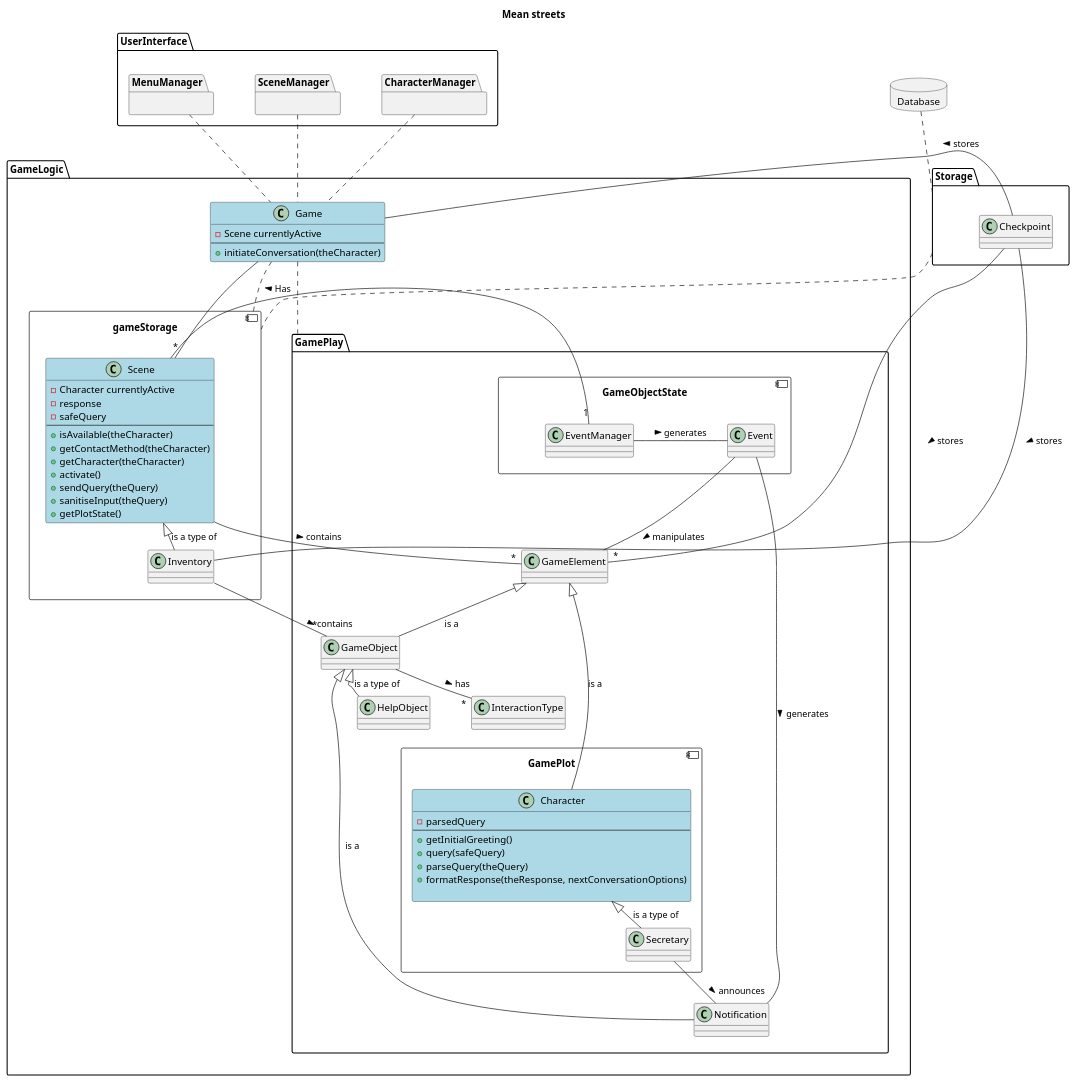
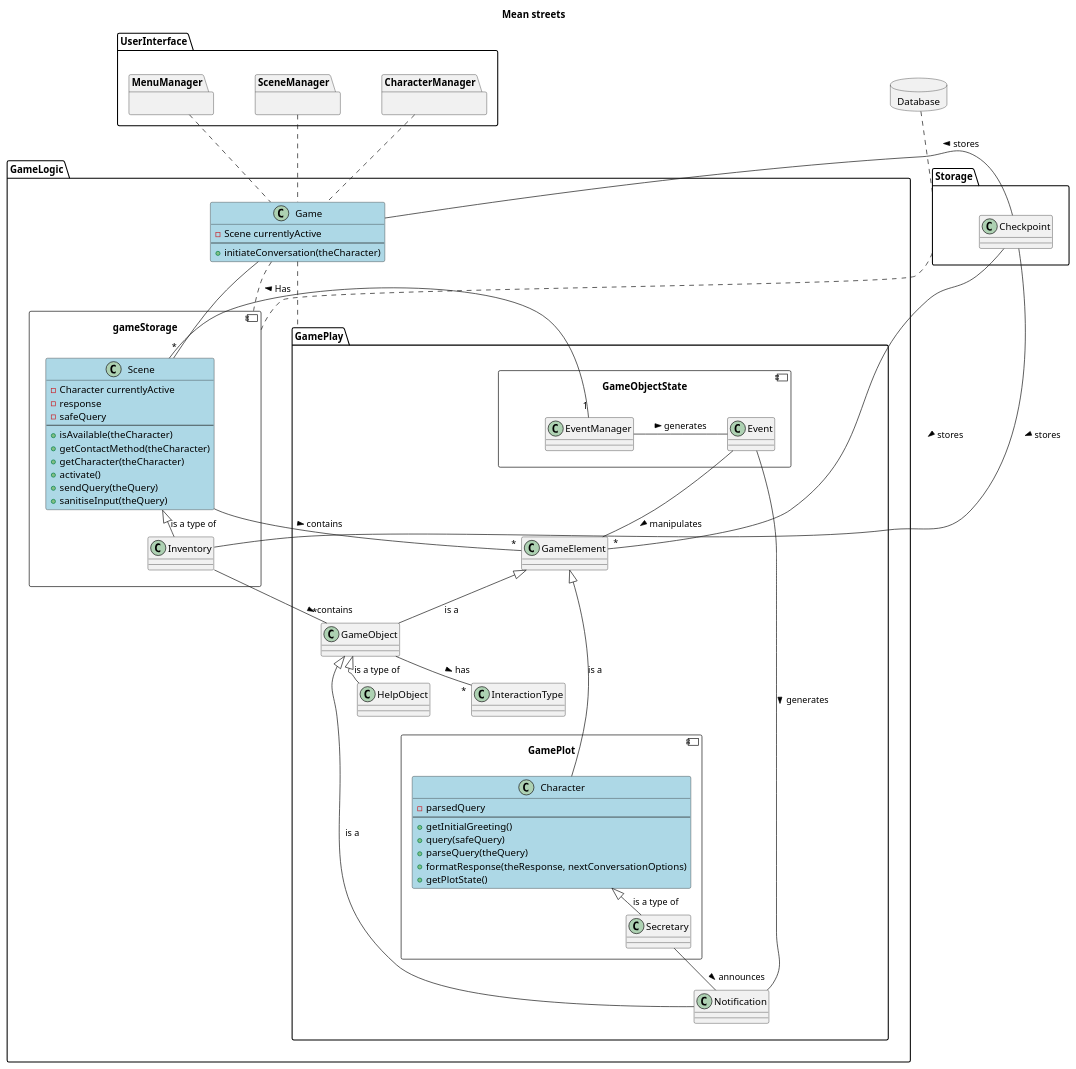
One commit to NoahHakansson/SE-PA1460 changed the diagram in packageDiagram.pu. Above: the diagram before and after it, drawn with PlantUML.

Commit message:
moved getPlotState()

```diff
--- a/packageDiagram.pu
+++ b/packageDiagram.pu
@@ -1,105 +1,104 @@
 @startuml
 
 skinparam nodesep 60
 skinparam ranksep 20
 
 title Mean streets
 top to bottom direction
 
 database Database {
 }
 package UserInterface {
     package MenuManager {}
     package SceneManager {}
     package CharacterManager {}
 }
 
 package GameLogic {
     class Game #LightBlue {
         -Scene currentlyActive
         --
         +initiateConversation(theCharacter)
     }
     component gameStorage {
         class Inventory
         class Scene #LightBlue {
             -Character currentlyActive
             -response
             -safeQuery
             --
             +isAvailable(theCharacter)
             +getContactMethod(theCharacter)
             +getCharacter(theCharacter)
             +activate()
             +sendQuery(theQuery)
             +sanitiseInput(theQuery)
-            +getPlotState()
         }
     }
 
 
     package GamePlay {
         class InteractionType
         class GameElement
         class GameObject
         class HelpObject
         class Notification
         component GameObjectState {
             class Event
             class EventManager
         }
         component GamePlot {
             class Secretary
             class Character #LightBlue{
                 -parsedQuery
                 --
                 +getInitialGreeting()
                 +query(safeQuery)
                 +parseQuery(theQuery)
                 +formatResponse(theResponse, nextConversationOptions)
-
+                +getPlotState()
             }
         }
     }
 }
 
 package Storage {
     class Checkpoint
 }
 
 Database .. Storage
 MenuManager .. Game
 SceneManager .. Game
 CharacterManager .. Game
 Storage . gameStorage
 
 
 InteractionType -[hidden]up- GameObjectState
 Character -[hidden]up- GameObjectState
 Secretary -[hidden]up- GameObjectState
 Notification -[hidden]up- GameObjectState
 InteractionType -[hidden]down- Character
 
 
 Game . gameStorage
 Game .. GamePlay
 
 Game -- "*" Scene
 Checkpoint -- "*" GameElement : stores >
 Checkpoint -- Inventory : stores >
 Checkpoint - Game : stores >
 Character <|-- Secretary : is a type of
 GameElement <|-- GameObject : is a
 GameElement <|-- Character : is a
 Scene - "*" GameElement : contains >
 Scene <|-- Inventory : is a type of
 Inventory -- "*" GameObject : contains >
 EventManager "1" - Scene : Has >
 EventManager - Event : generates >
 Event -- Notification : generates >
 Event -- GameElement : manipulates >
 Secretary -- Notification : announces >
 GameObject <|-- HelpObject : is a type of
 GameObject <|-- Notification : is a
 GameObject -- "*" InteractionType : has >
 @enduml
```
